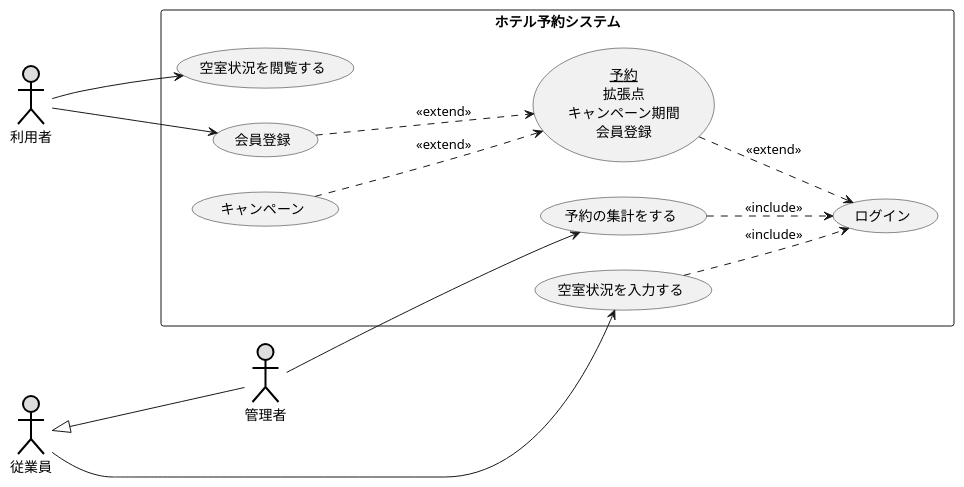
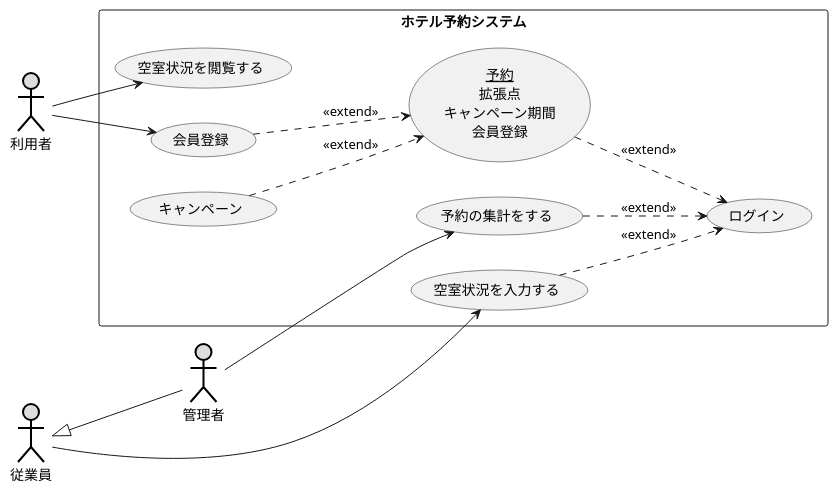
The diagram in 演習2-8_UC_ホテル予約システム.pu (a-tamura22/uml-introduction), drawn with PlantUML before and after one commit.

Commit message:
演習８を訂正

```diff
--- a/演習2-8_UC_ホテル予約システム.pu
+++ b/演習2-8_UC_ホテル予約システム.pu
@@ -1,28 +1,28 @@
 @startuml ユースケース図
 left to right direction
 
      actor 利用者 #DDDDDD;line:black;line.bold;
      actor 従業員 #DDDDDD;line:black;line.bold;
      actor 管理者 #DDDDDD;line:black;line.bold;
 
 rectangle ホテル予約システム {
 usecase 空室状況を閲覧する
 usecase 予約の集計をする
 usecase 会員登録
 usecase (<u>予約</u>\n拡張点\nキャンペーン期間\n会員登録) as A
 usecase ログイン
 usecase 空室状況を入力する
 usecase キャンペーン
 }
-キャンペーン ...>(A) : <<extend>>
-利用者--->会員登録
-利用者--->空室状況を閲覧する
-従業員<|---管理者
-管理者--->予約の集計をする
+キャンペーン ..>(A) : <<extend>>
+利用者-->会員登録
+利用者-->空室状況を閲覧する
 従業員-->空室状況を入力する
-会員登録 ...>(A) : <<extend>>
+従業員<|--管理者
+管理者-->予約の集計をする
+会員登録 ..>(A) : <<extend>>
 A ..>(ログイン) : <<extend>>
-予約の集計をする ..>(ログイン) : <<include>>
-空室状況を入力する ..>(ログイン) : <<include>>
+予約の集計をする ..>(ログイン) : <<extend>>
+空室状況を入力する ..>(ログイン) : <<extend>>
 
 @enduml
```
